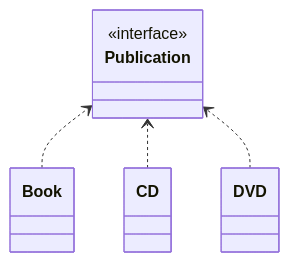
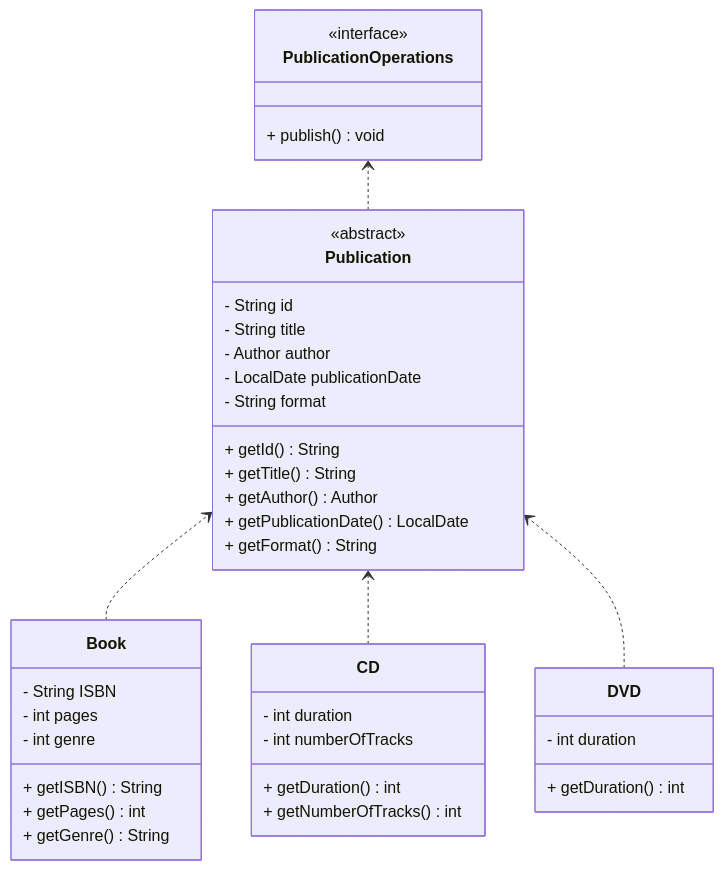
Before and after one commit to ProtossGP32/CIFO-Web-Applications: the first of 2 diagrams in docs/quarto-examples/java-exercises/Labs/java-se03-2.qmd, drawn with Mermaid. The commit also changed other lines of this file and 28 other files, not shown here.

Commit message:
NEW: Java SE03-02, interfaces and abstract classes approach - First version of publications interface and some classes that implement it - First version of inherited classes and interfaces for library members - Test not implemented, but code coverage is > 90%

````diff
--- a/docs/quarto-examples/java-exercises/Labs/java-se03-2.qmd
+++ b/docs/quarto-examples/java-exercises/Labs/java-se03-2.qmd
@@ -104,20 +115,51 @@
 ```{mermaid}
 classDiagram
     direction BT
     %% Interface
+    class PublicationOperations {
+        <<interface>>
+        + publish() void
+    }
+    %% Abstract class
     class Publication {
+        <<abstract>>
+        - String id
+        - String title
+        - Author author
+        - LocalDate publicationDate
+        - String format
+        + getId() String
+        + getTitle() String
+        + getAuthor() Author
+        + getPublicationDate() LocalDate
+        + getFormat() String
     }
-    <<interface>> Publication
+
+    Publication ..> PublicationOperations
+
     %% Publication Entity classes
     class Book {
+        - String ISBN
+        - int pages
+        - int genre
+        + getISBN() String
+        + getPages() int
+        + getGenre() String
+
     }
     class CD {
+        - int duration
+        - int numberOfTracks
+        + getDuration() int
+        + getNumberOfTracks() int
     }
     class DVD {
+        - int duration
+        + getDuration() int
     }
 
     Book ..> Publication
     CD ..> Publication
     DVD ..> Publication
 
 ```
````
